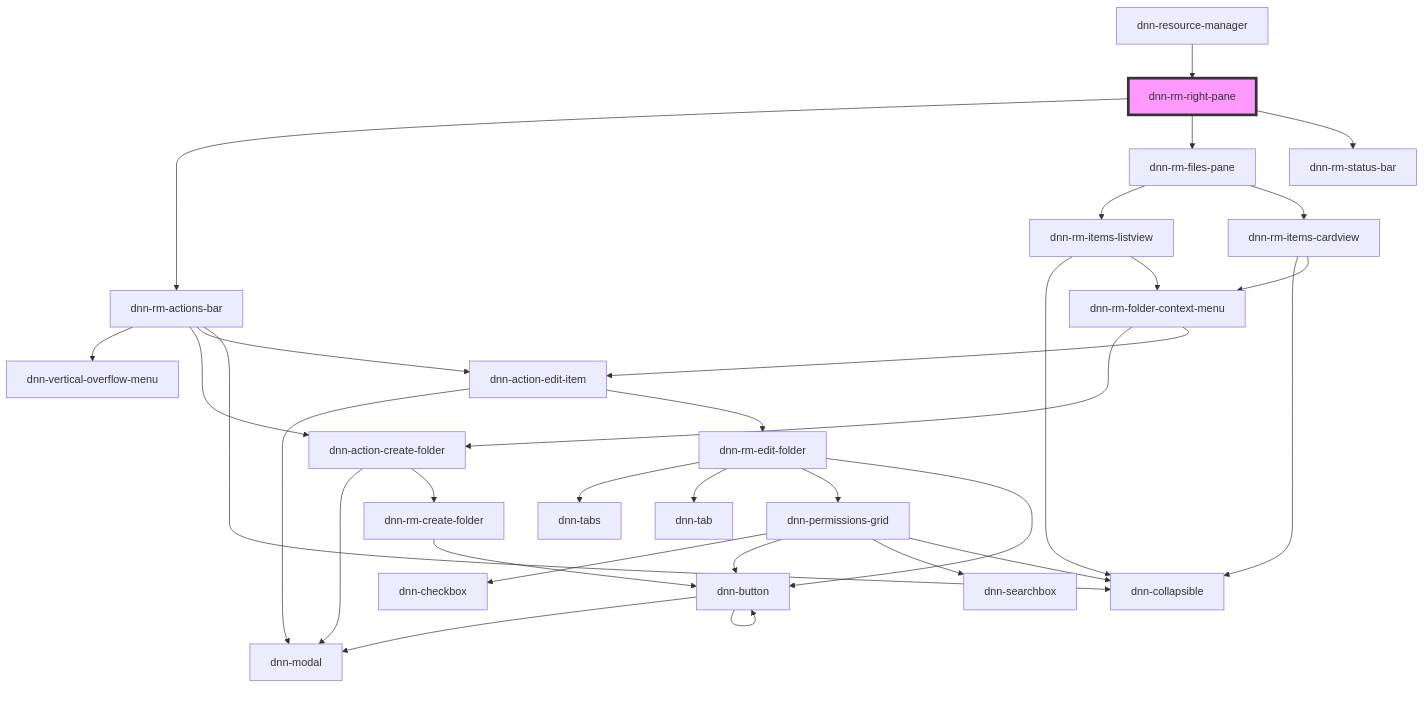
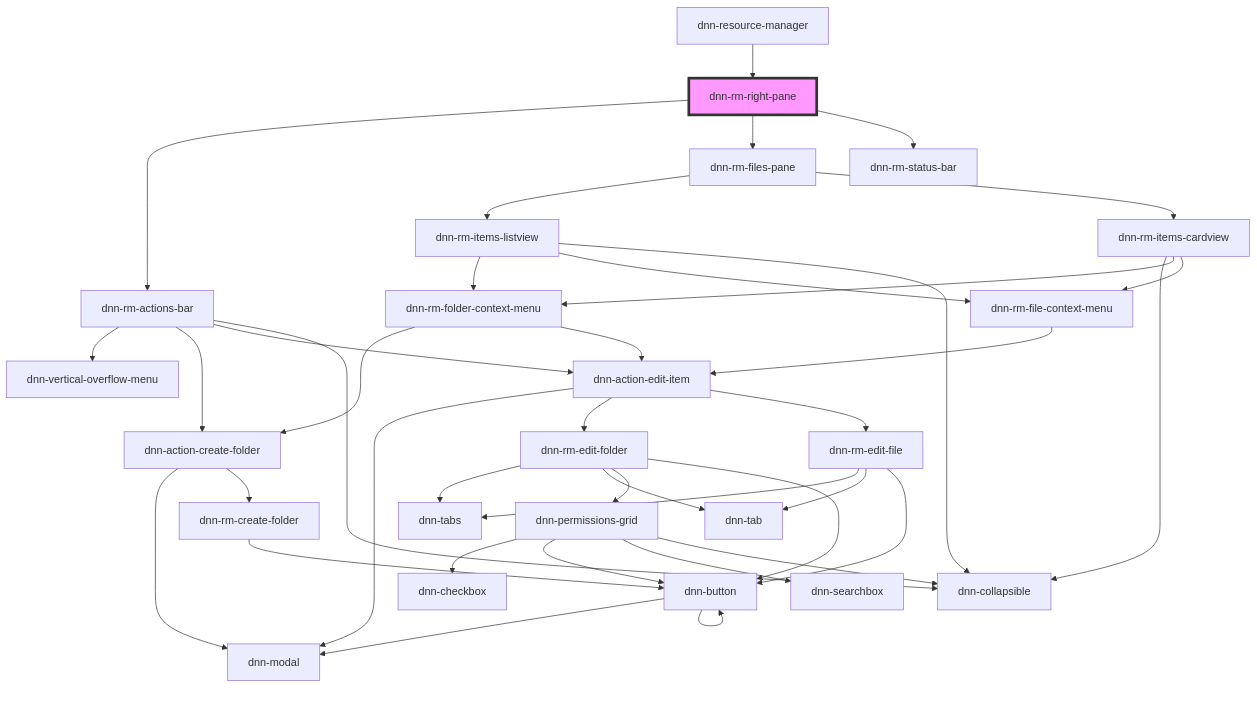
The diagram in DNN Platform/Modules/ResourceManager/ResourceManager.Web/src/components/dnn-rm-right-pane/readme.md (dnnsoftware/Dnn.Platform), drawn with Mermaid before and after one commit. The commit also changed 23 other files, not shown here.

````diff
--- a/DNN Platform/Modules/ResourceManager/ResourceManager.Web/src/components/dnn-rm-right-pane/readme.md
+++ b/DNN Platform/Modules/ResourceManager/ResourceManager.Web/src/components/dnn-rm-right-pane/readme.md
@@ -21,35 +21,42 @@
 ```mermaid
 graph TD;
   dnn-rm-right-pane --> dnn-rm-actions-bar
   dnn-rm-right-pane --> dnn-rm-files-pane
   dnn-rm-right-pane --> dnn-rm-status-bar
   dnn-rm-actions-bar --> dnn-vertical-overflow-menu
   dnn-rm-actions-bar --> dnn-action-create-folder
   dnn-rm-actions-bar --> dnn-action-edit-item
   dnn-rm-actions-bar --> dnn-collapsible
   dnn-action-create-folder --> dnn-modal
   dnn-action-create-folder --> dnn-rm-create-folder
   dnn-rm-create-folder --> dnn-button
   dnn-button --> dnn-modal
   dnn-button --> dnn-button
   dnn-action-edit-item --> dnn-modal
   dnn-action-edit-item --> dnn-rm-edit-folder
+  dnn-action-edit-item --> dnn-rm-edit-file
   dnn-rm-edit-folder --> dnn-tabs
   dnn-rm-edit-folder --> dnn-tab
   dnn-rm-edit-folder --> dnn-permissions-grid
   dnn-rm-edit-folder --> dnn-button
   dnn-permissions-grid --> dnn-checkbox
   dnn-permissions-grid --> dnn-button
   dnn-permissions-grid --> dnn-searchbox
   dnn-permissions-grid --> dnn-collapsible
+  dnn-rm-edit-file --> dnn-tabs
+  dnn-rm-edit-file --> dnn-tab
+  dnn-rm-edit-file --> dnn-button
   dnn-rm-files-pane --> dnn-rm-items-listview
   dnn-rm-files-pane --> dnn-rm-items-cardview
+  dnn-rm-items-listview --> dnn-rm-folder-context-menu
+  dnn-rm-items-listview --> dnn-rm-file-context-menu
   dnn-rm-items-listview --> dnn-collapsible
-  dnn-rm-items-listview --> dnn-rm-folder-context-menu
   dnn-rm-folder-context-menu --> dnn-action-create-folder
   dnn-rm-folder-context-menu --> dnn-action-edit-item
+  dnn-rm-file-context-menu --> dnn-action-edit-item
   dnn-rm-items-cardview --> dnn-collapsible
   dnn-rm-items-cardview --> dnn-rm-folder-context-menu
+  dnn-rm-items-cardview --> dnn-rm-file-context-menu
   dnn-resource-manager --> dnn-rm-right-pane
   style dnn-rm-right-pane fill:#f9f,stroke:#333,stroke-width:4px
 ```
````
